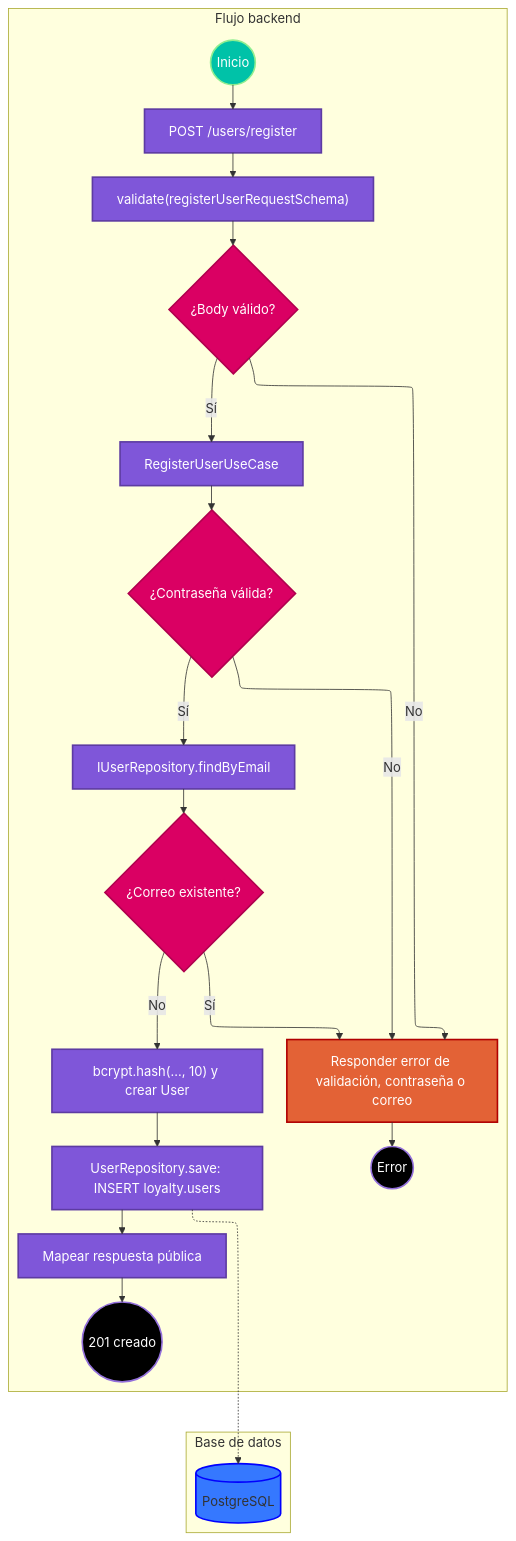
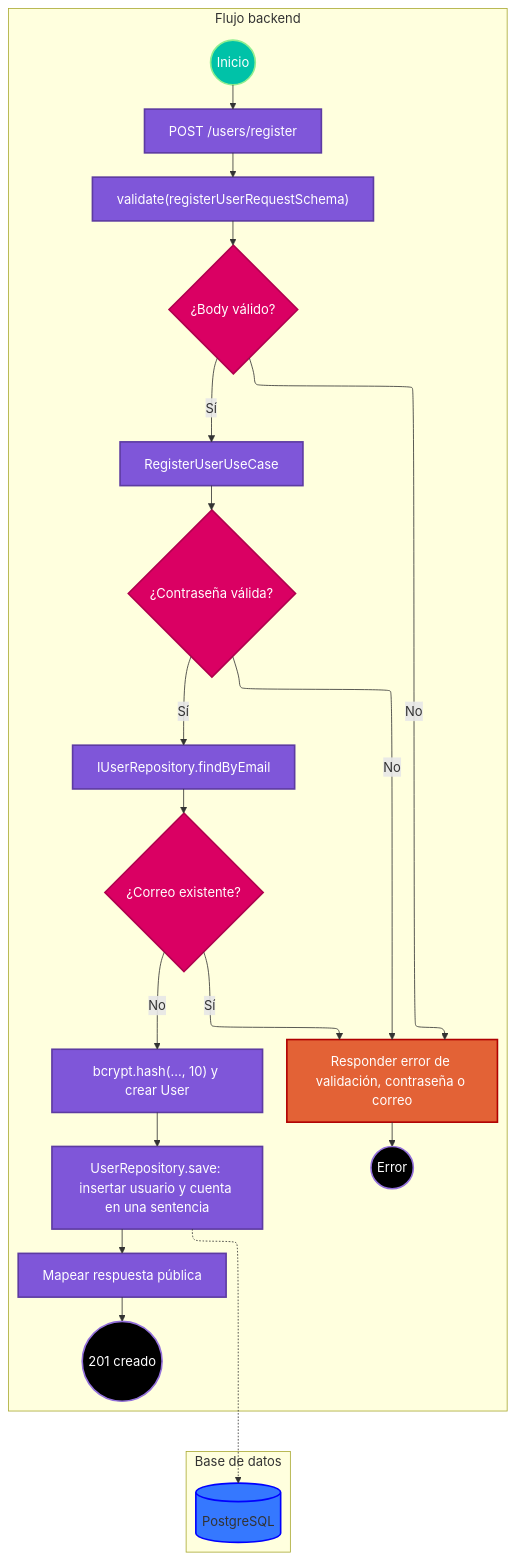
The diagram in docs/use-cases/usuarios/registrar-usuario.md (jac2206/loyalty-backend), drawn with Mermaid before and after one commit. The commit also changed other lines of this file and 10 other files, not shown here.

````diff
--- a/docs/use-cases/usuarios/registrar-usuario.md
+++ b/docs/use-cases/usuarios/registrar-usuario.md
@@ -119,42 +119,42 @@
 ```mermaid
 %%{init: { "flowchart": { "defaultRenderer": "elk" } }}%%
 flowchart TB
     classDef statementClass fill:#7f56d9,color:white,stroke:#5d3ba2,stroke-width:2px
     classDef conditionalClass fill:#da0063,color:white,stroke:#b0004e,stroke-width:2px
     classDef inicioClass fill:#00c2a8,color:white,stroke-width:2px,stroke:lightGreen
     classDef finClass fill:black,color:white,stroke-width:2px
     classDef rejectClass fill:#e36236,color:white,stroke:#b00000,stroke-width:2px
     classDef dbClass fill:#3578ff,stroke:blue,stroke-width:2px
     subgraph BACKEND [Flujo backend]
         direction TB
 
         inicio((Inicio)):::inicioClass
         fin((201 creado)):::finClass
         error((Error)):::finClass
         recibe["POST /users/register"]:::statementClass
         valida["validate(registerUserRequestSchema)"]:::statementClass
         formato{"¿Body válido?"}:::conditionalClass
         registra["RegisterUserUseCase"]:::statementClass
         clave{"¿Contraseña válida?"}:::conditionalClass
         correo["IUserRepository.findByEmail"]:::statementClass
         existe{"¿Correo existente?"}:::conditionalClass
         hash["bcrypt.hash(..., 10) y crear User"]:::statementClass
-        guarda["UserRepository.save: INSERT loyalty.users"]:::statementClass
+        guarda["UserRepository.save: insertar usuario y cuenta en una sentencia"]:::statementClass
         respuesta["Mapear respuesta pública"]:::statementClass
         rechazo["Responder error de validación, contraseña o correo"]:::rejectClass
     end
     subgraph BASE_DE_DATOS [Base de datos]
         direction TB
         db[(PostgreSQL)]:::dbClass
     end
 
 
     inicio --> recibe --> valida --> formato
     formato -->|No| rechazo --> error
     formato -->|Sí| registra --> clave
     clave -->|No| rechazo
     clave -->|Sí| correo --> existe
     existe -->|Sí| rechazo
     existe -->|No| hash --> guarda --> respuesta --> fin
     guarda -.-> db
 ```
````
